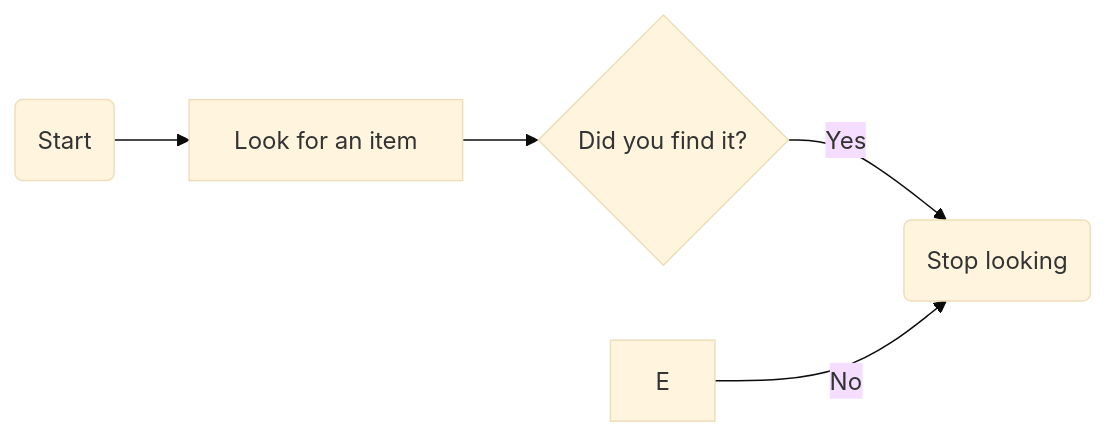
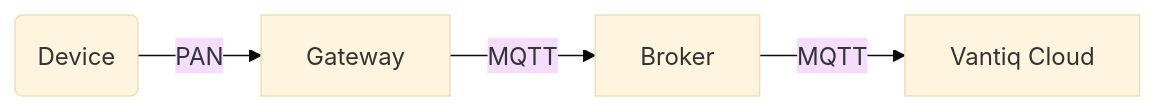
One commit to fujitake/vantiq-related changed the second of 5 diagrams in vantiq-external-services-integration/docs/jp/device-to-vantiq.md. Above: the diagram before and after it, drawn with Mermaid (base theme). The commit also changed other lines of this file, not shown here.

Commit message:
modified device-to-vantiq to include data flow pattern

````diff
--- a/vantiq-external-services-integration/docs/jp/device-to-vantiq.md
+++ b/vantiq-external-services-integration/docs/jp/device-to-vantiq.md
@@ -10,11 +28,11 @@
 ```mermaid
 graph LR
+A(Device)
+B[Gateway]
+D[Broker]
+E[Vantiq Cloud]
 
-A(Start)
-
-A --> B[Look for an item]
-
-B --> C{Did you find it?}
-C -->|Yes| D(Stop looking)
-E -->|No| D
+A -->|PAN| B
+B -->|MQTT| D
+D -->|MQTT| E
 ```
````
